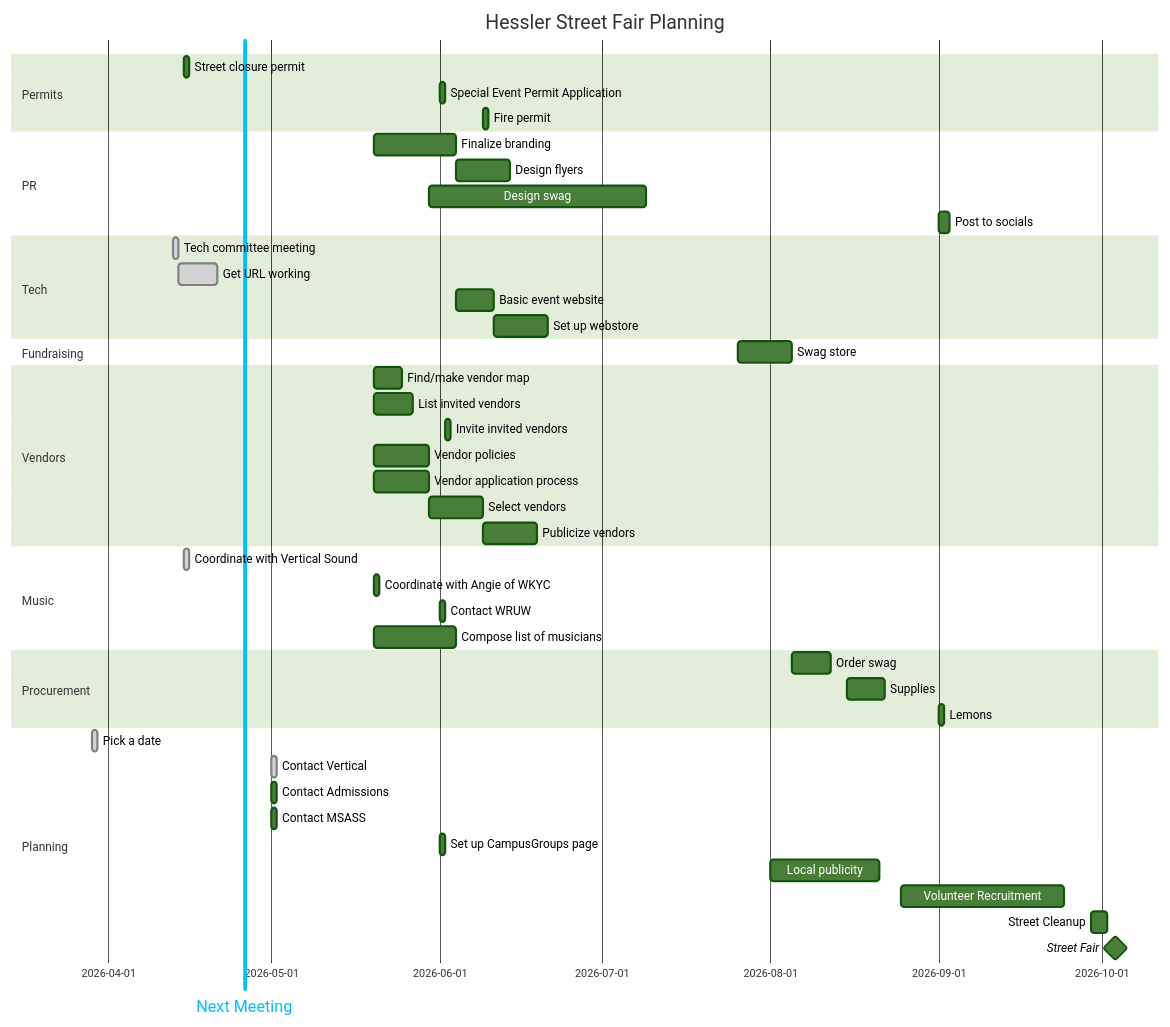
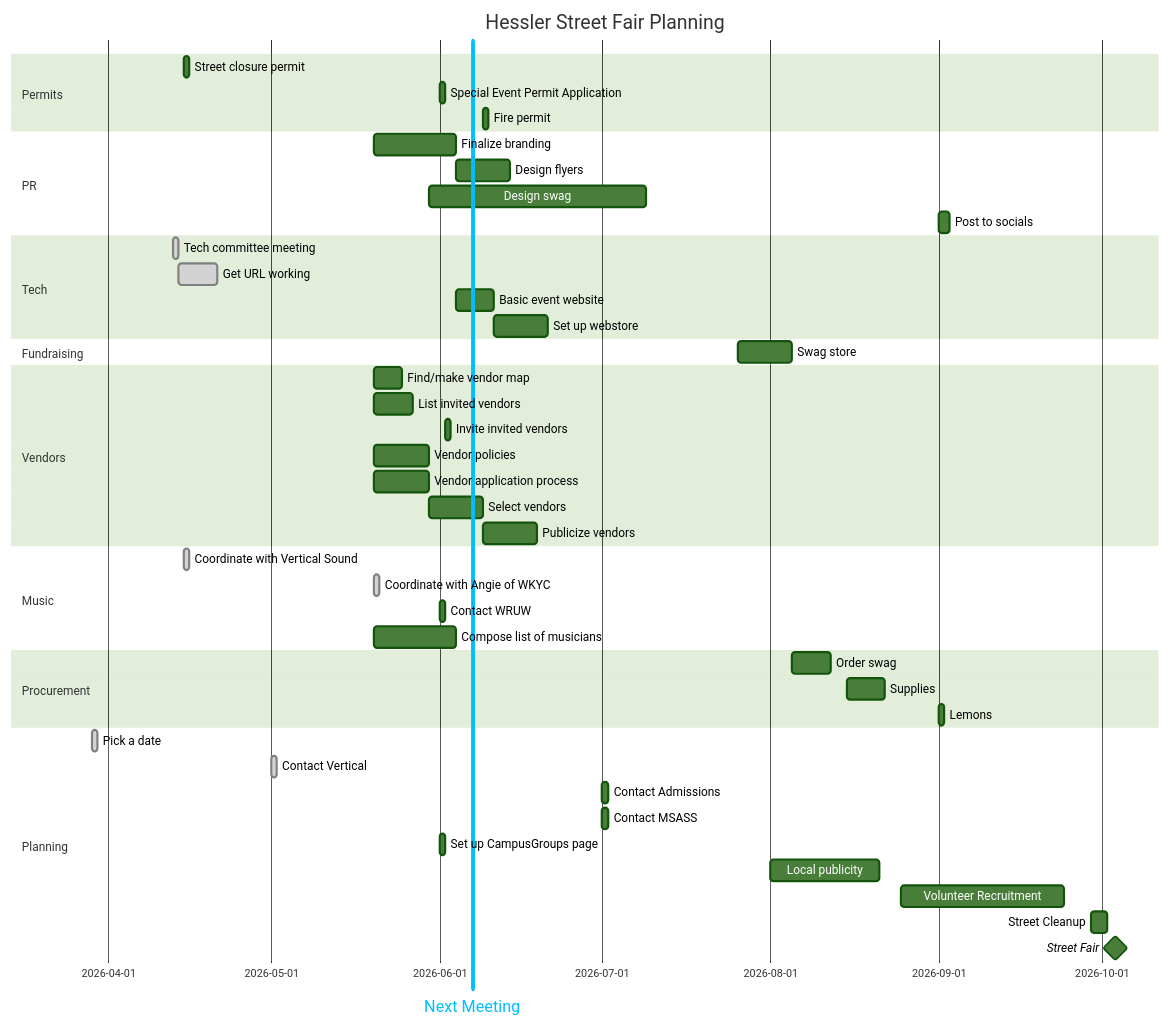
One commit to KCollins/KCollins.github.io changed the first of 2 diagrams in files/fairplan.md. Above: the diagram before and after it, drawn with Mermaid. The commit also changed other lines of this file, not shown here.

````diff
--- a/files/fairplan.md
+++ b/files/fairplan.md
@@ -1,52 +1,52 @@
 ```mermaid
 %%{init: {'theme': 'forest'}}%%
 gantt
     title  Hessler Street Fair Planning
     dateFormat YYYY-MM-DD
     section Permits
             Street closure permit    :streetpermit, 2026-04-15, 1d
             Special Event Permit Application    :eventpermit, 2026-06-01, 1d
             Fire permit    :firepermit, after vendorselect eventpermit, 1d
 
     section PR
             Finalize branding : brand, 2026-05-20, 15d
             Design flyers : flyers, after brand, 10d
             Design swag    : designswag, 2026-05-30, 40d
             Post to socials: socials, 2026-09-01, 2d
     section Tech
             Tech committee meeting: done, techmeet, 2026-04-13, 1d
             Get URL working:done, url, after techmeet, 7d
             Basic event website: basicsite, after brand, 7d
             Set up webstore: webstore, after basicsite, 10d
     section Fundraising
             Swag store    :swagstore, after designswag webstore swag, 10d
     section Vendors
             Find/make vendor map: vendormap, 2026-05-20, 5d
             List invited vendors: invitelist, 2026-05-20, 7d
             Invite invited vendors: invite, after invitelist eventpermit, 1d
             Vendor policies: policy, 2026-05-20, 10d
             Vendor application process: vendorapp, 2026-05-20, 10d
             Select vendors: vendorselect, after invitelist vendorapp, 10d
             Publicize vendors: vendor-announce, after vendorselect, 10d
     section Music
             Coordinate with Vertical Sound    :done, vertical, 2026-04-15, 1d
-            Coordinate with Angie of WKYC    : wkyc, 2026-05-20, 1d
+            Coordinate with Angie of WKYC    : done, wkyc, 2026-05-20, 1d
             Contact WRUW: wruw, 2026-06-01, 1d
             Compose list of musicians: musiclist, 2026-05-20, 15d
     section Procurement
             Order swag:   swag, after swagstore, 7d
             Supplies: supplies, 2026-08-15, 7d
             Lemons: lemons, 2026-09-01, 1d
     section Planning
             Pick a date :done, pick, 2026-03-29, 1d
-            Next Meeting :vert, v1, 2026-04-26, 0d
+            Next Meeting :vert, v1, 2026-06-07, 0d
             Contact Vertical: done, vertical, 2026-05-01, 1d
-            Contact Admissions: admissions, 2026-05-01, 1d
-            Contact MSASS: msass, 2026-05-01, 1d
+            Contact Admissions: admissions, 2026-07-01, 1d
+            Contact MSASS: msass, 2026-07-01, 1d
             Set up CampusGroups page: campusgroups, 2026-06-01, 1d
             Local publicity: publicize, 2026-08-01, 20d
             Volunteer Recruitment: recruit, 2026-08-25, 30d
             Street Cleanup: cleanup, 2026-09-29, 3d
             Street Fair        :milestone, streetfair, 2026-10-03, 1d
 
 ```
````
